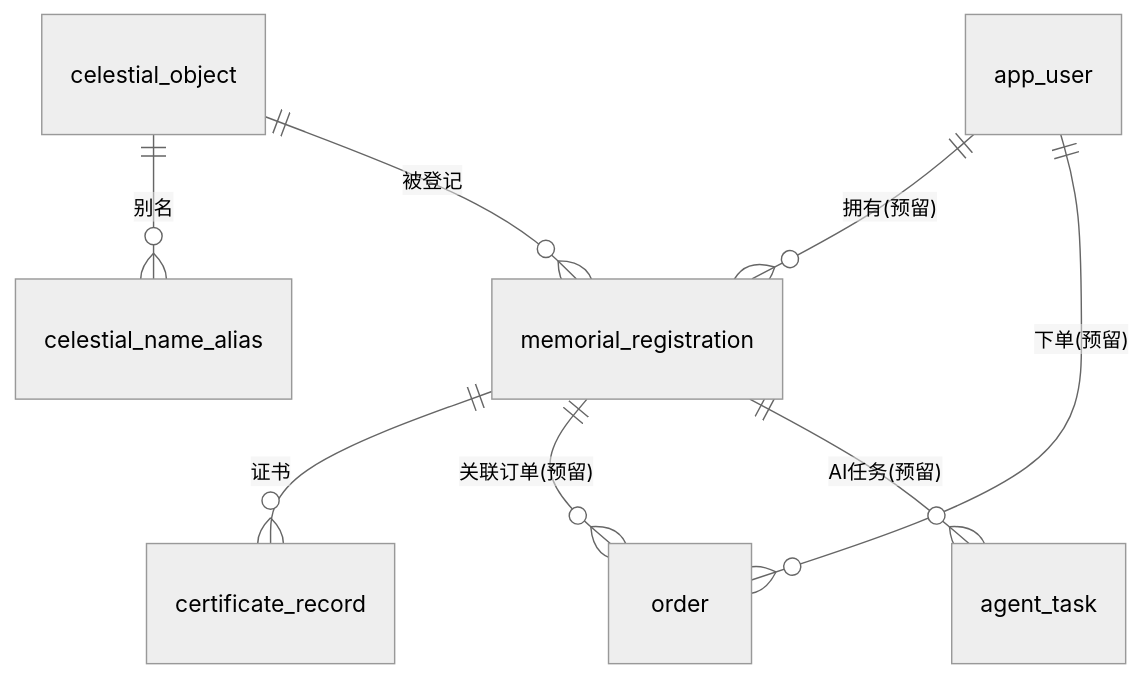
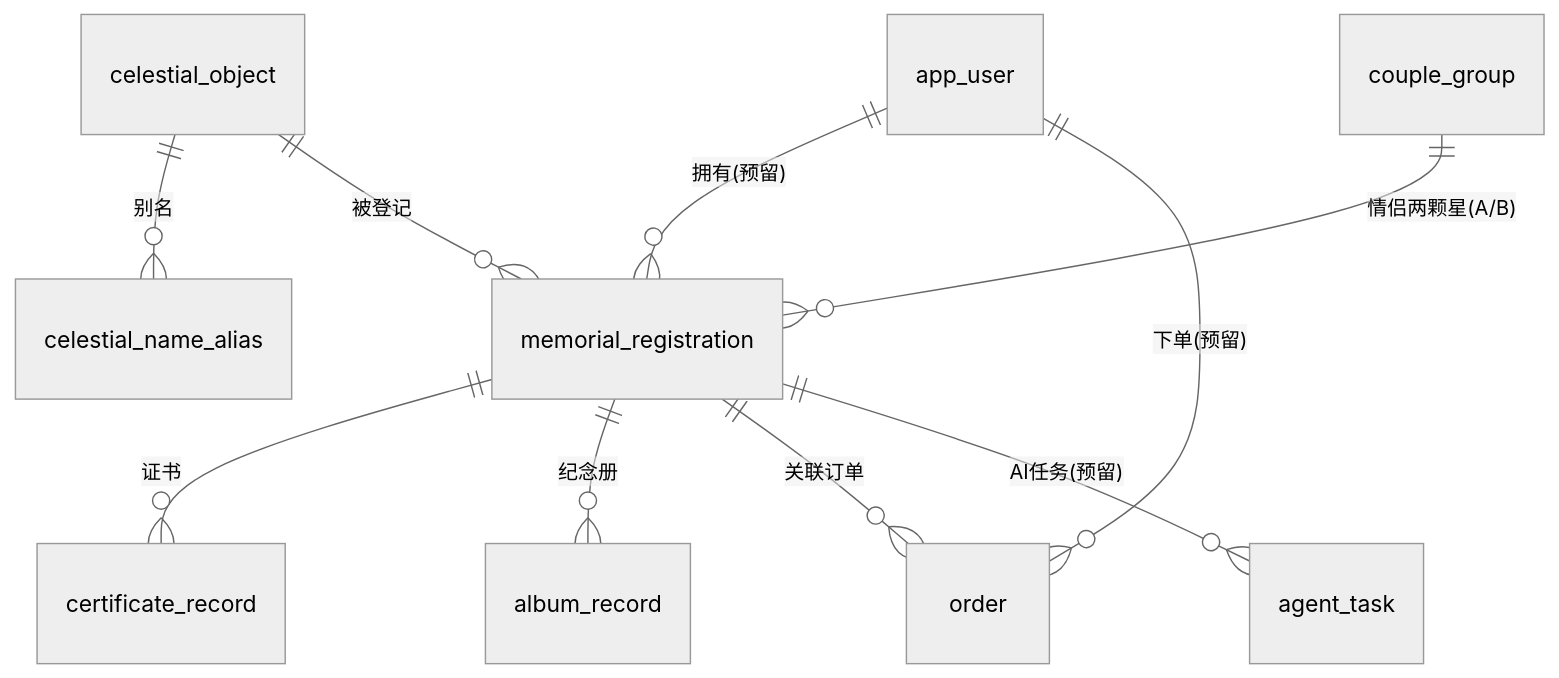
The diagram in docs/data-model.md (austinmzds-create/star), drawn with Mermaid (neutral theme) before and after one commit. The commit also changed other lines of this file and 89 other files, not shown here.

````diff
--- a/docs/data-model.md
+++ b/docs/data-model.md
@@ -35,10 +35,12 @@
 ```mermaid
 erDiagram
   celestial_object ||--o{ celestial_name_alias : "别名"
   celestial_object ||--o{ memorial_registration : "被登记"
   app_user ||--o{ memorial_registration : "拥有(预留)"
   app_user ||--o{ order : "下单(预留)"
+  couple_group ||--o{ memorial_registration : "情侣两颗星(A/B)"
   memorial_registration ||--o{ certificate_record : "证书"
-  memorial_registration ||--o{ order : "关联订单(预留)"
+  memorial_registration ||--o{ album_record : "纪念册"
+  memorial_registration ||--o{ order : "关联订单"
   memorial_registration ||--o{ agent_task : "AI任务(预留)"
 ```
````
